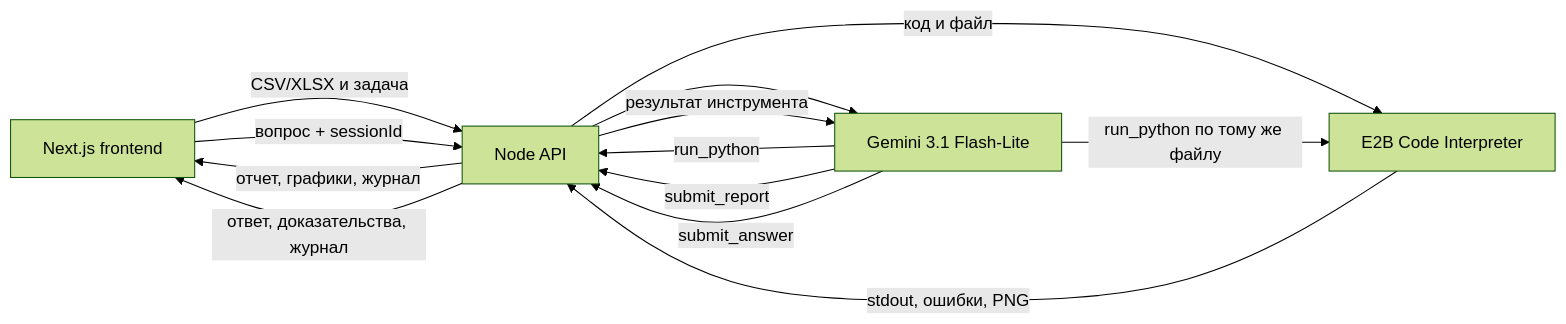
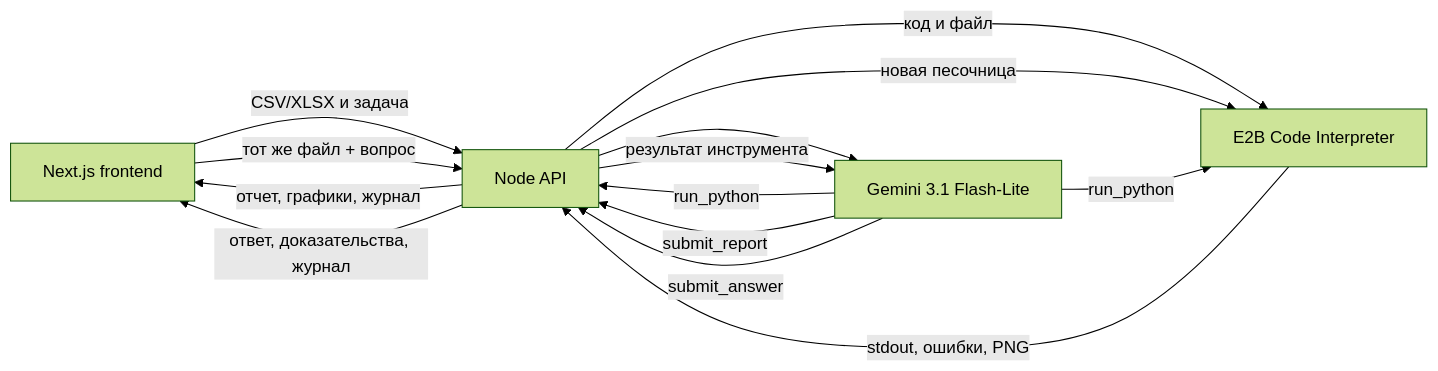
The diagram in README.md (linsivs/llm-agent), drawn with Mermaid (forest theme) before and after one commit. The commit also changed other lines of this file and 2 other files, not shown here.

````diff
--- a/README.md
+++ b/README.md
@@ -20,15 +20,16 @@
 ```mermaid
 flowchart LR
     A[Next.js frontend] -->|CSV/XLSX и задача| B[Node API]
     B --> C[Gemini 3.1 Flash-Lite]
     C -->|run_python| B
     B -->|код и файл| D[E2B Code Interpreter]
     D -->|stdout, ошибки, PNG| B
     B -->|результат инструмента| C
     C -->|submit_report| B
     B -->|отчет, графики, журнал| A
-    A -->|вопрос + sessionId| B
-    C -->|run_python по тому же файлу| D
+    A -->|тот же файл + вопрос| B
+    B -->|новая песочница| D
+    C -->|run_python| D
     C -->|submit_answer| B
     B -->|ответ, доказательства, журнал| A
 ```
````
